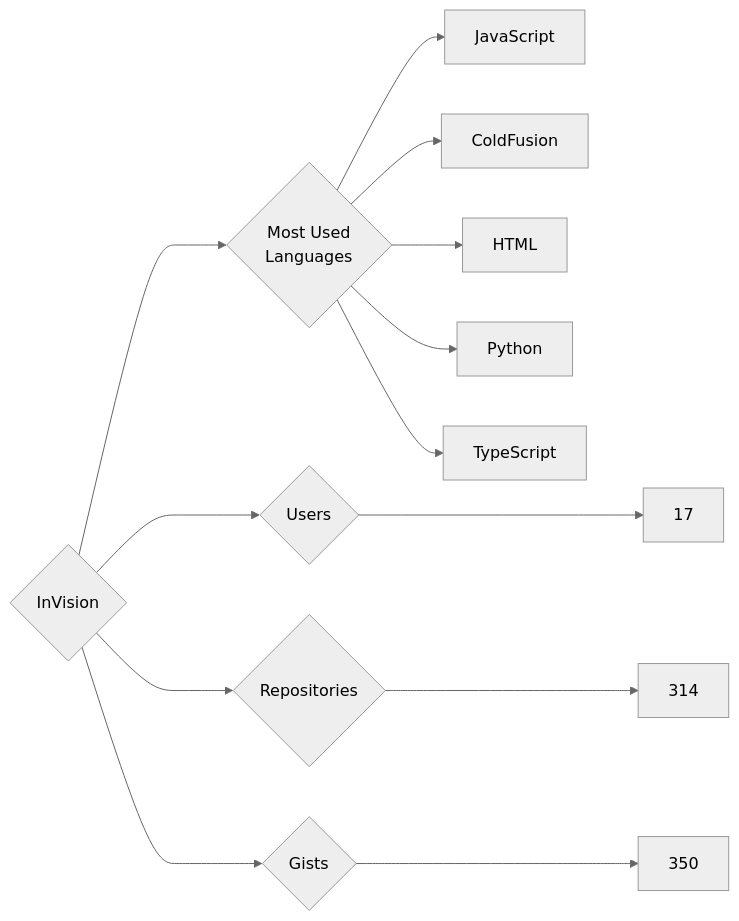
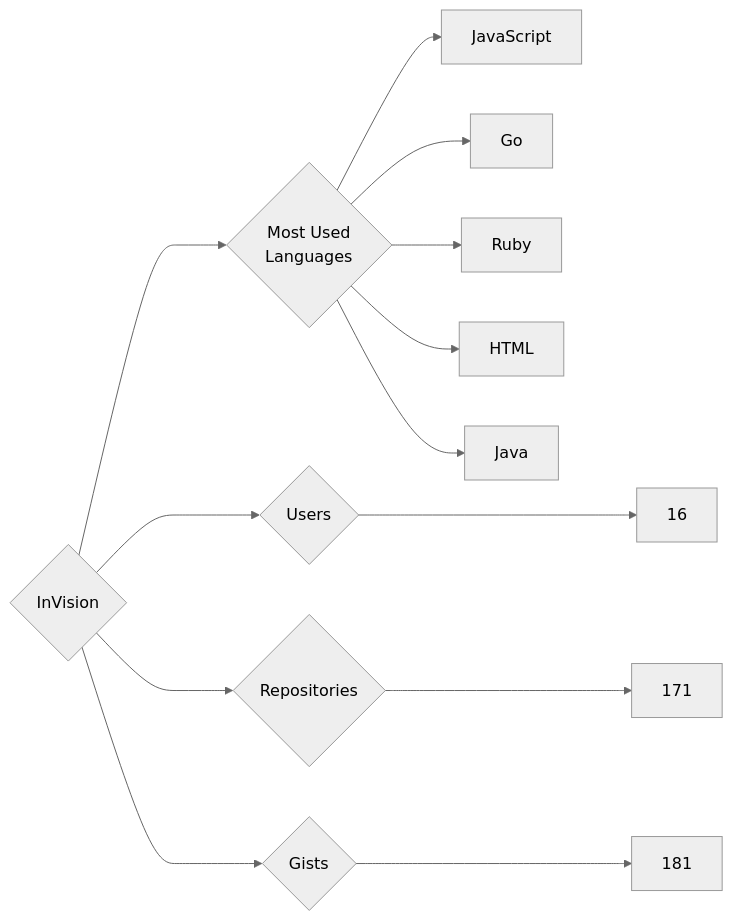
Before and after one commit to trickest/insiders: the diagram in targets/InVision/README.md, drawn with Mermaid (neutral theme). The commit also changed 891 other files, not shown here.

````diff
--- a/targets/InVision/README.md
+++ b/targets/InVision/README.md
@@ -3,13 +3,13 @@
 ```mermaid
 graph LR
 COMPANY_NAME{InVision}
-COMPANY_NAME ---> U{Users} ---> UN[17]
-COMPANY_NAME ---> R{Repositories} ---> RN[314]
-COMPANY_NAME ---> G{Gists} ---> GN[350]
+COMPANY_NAME ---> U{Users} ---> UN[16]
+COMPANY_NAME ---> R{Repositories} ---> RN[171]
+COMPANY_NAME ---> G{Gists} ---> GN[181]
 COMPANY_NAME ---> ML{Most Used<br>Languages}
 ML --> JavaScript[JavaScript]
-ML --> ColdFusion[ColdFusion]
+ML --> Go[Go]
+ML --> Ruby[Ruby]
 ML --> HTML[HTML]
-ML --> Python[Python]
-ML --> TypeScript[TypeScript]
+ML --> Java[Java]
 ```
````
